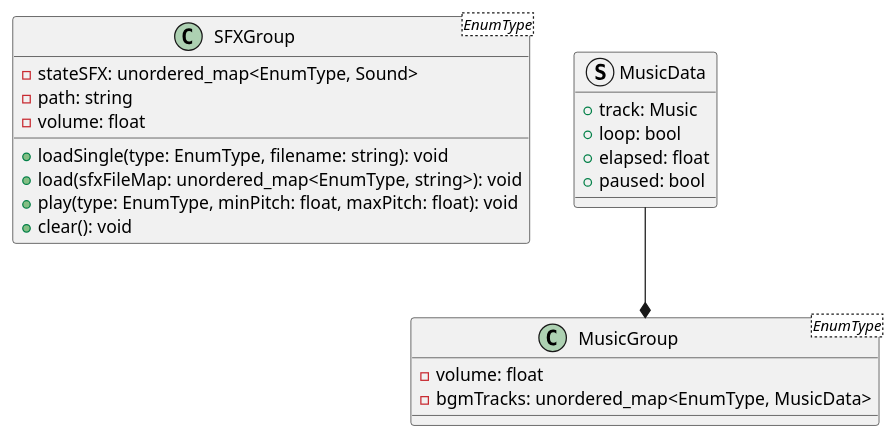
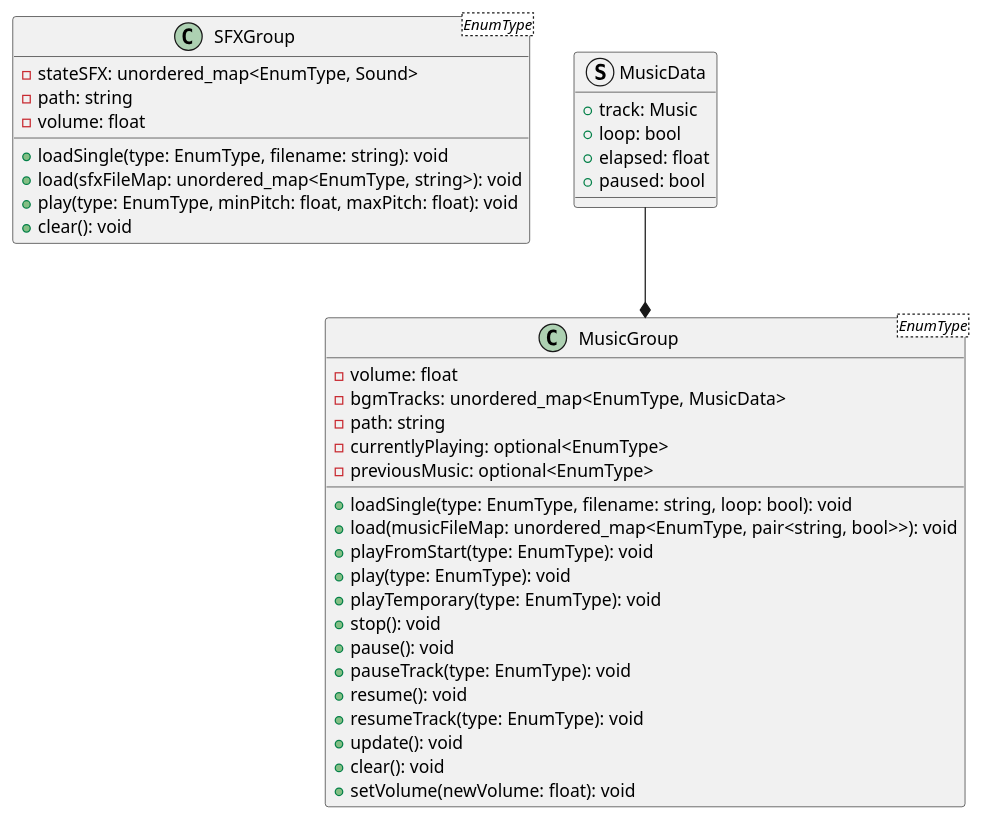
One commit to LeDatPhucAn/CS202-Group-05-Mario-Game changed the diagram in uml.wsd. Above: the diagram before and after it, drawn with PlantUML.

Commit message:
completed AudioGroup.hpp

```diff
--- a/uml.wsd
+++ b/uml.wsd
@@ -1,27 +1,45 @@
 @startuml Audio
 class SFXGroup<EnumType> {
     - stateSFX: unordered_map<EnumType, Sound>
     - path: string
     - volume: float
     
     + loadSingle(type: EnumType, filename: string): void
     + load(sfxFileMap: unordered_map<EnumType, string>): void
     + play(type: EnumType, minPitch: float, maxPitch: float): void
     + clear(): void
 }
 
 struct MusicData {
     + track: Music
     + loop: bool
     + elapsed: float
     + paused: bool
 }
 
 class MusicGroup<EnumType> {
     - volume: float
 	- bgmTracks: unordered_map<EnumType, MusicData>
-	
+	- path: string
+	- currentlyPlaying: optional<EnumType>
+	- previousMusic: optional<EnumType>
+
+	+ loadSingle(type: EnumType, filename: string, loop: bool): void
+	+ load(musicFileMap: unordered_map<EnumType, pair<string, bool>>): void
+	+ playFromStart(type: EnumType): void
+	+ play(type: EnumType): void
+	+ playTemporary(type: EnumType): void
+	+ stop(): void
+	+ pause(): void
+	+ pauseTrack(type: EnumType): void
+	+ resume(): void
+	+ resumeTrack(type: EnumType): void
+	+ update(): void
+	+ clear(): void
+	+ setVolume(newVolume: float): void
 }
 
 MusicData --* MusicGroup
+
+
 @enduml
```
